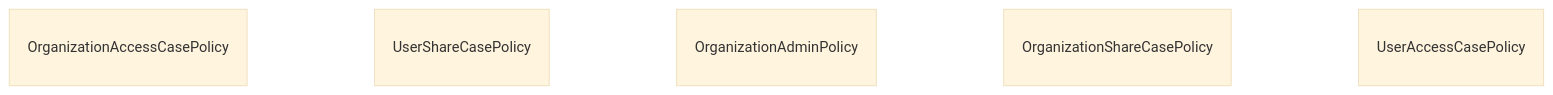
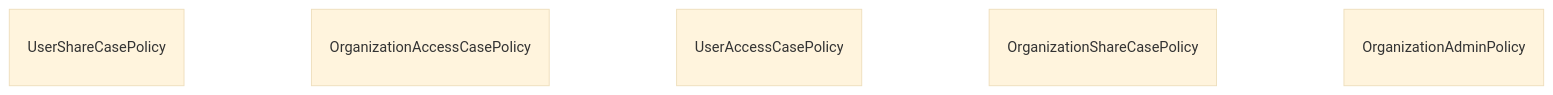
Before and after one commit to RIVM-bioinformatics/gen-epix-api: the diagram in docs/erm/casedb.abac.md, drawn with Mermaid (base theme). The commit also changed other lines of this file and 211 other files, not shown here.

````diff
--- a/docs/erm/casedb.abac.md
+++ b/docs/erm/casedb.abac.md
@@ -5,20 +5,20 @@
 ```mermaid
 erDiagram
     %% casedb / ABAC (simplified)
 
+    UserShareCasePolicy {
+    }
+
     OrganizationAccessCasePolicy {
     }
 
-    UserShareCasePolicy {
+    UserAccessCasePolicy {
+    }
+
+    OrganizationShareCasePolicy {
     }
 
     OrganizationAdminPolicy {
     }
 
-    OrganizationShareCasePolicy {
-    }
-
-    UserAccessCasePolicy {
-    }
-
 ```
````
